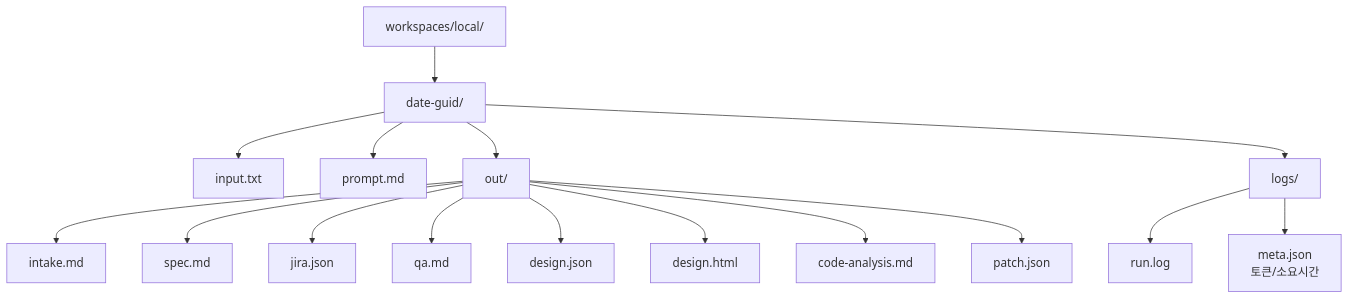
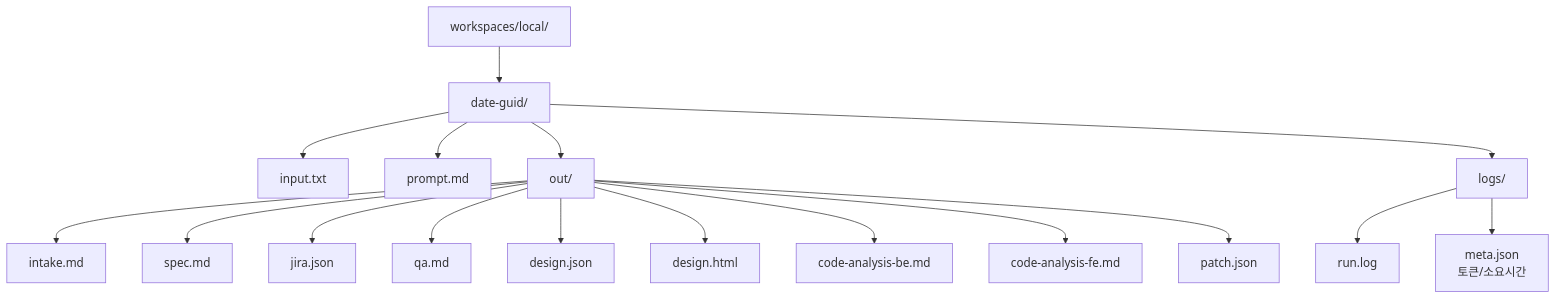
One commit to jeonreo/ai-spec-pipeline changed the sixth of 7 diagrams in architecture.md. Above: the diagram before and after it, drawn with Mermaid. The commit also changed other lines of this file and 1 other file, not shown here.

First line of the commit message:
docs: README/architecture를 현재 구조에 맞게 갱신 — 에이전트/스킬 분리, code-analysis BE/FE 분리 반영

````diff
--- a/architecture.md
+++ b/architecture.md
@@ -234,37 +243,39 @@
 ```mermaid
 graph TD
     WS[workspaces/local/]
     SESSION[date-guid/]
     INPUT[input.txt]
     PROMPT_FILE[prompt.md]
     OUT[out/]
     LOGS[logs/]
 
     INTAKE_MD[intake.md]
     SPEC_MD[spec.md]
     JIRA_JSON[jira.json]
     QA_MD[qa.md]
     DESIGN_JSON[design.json]
     DESIGN_HTML[design.html]
-    CA_MD[code-analysis.md]
+    CA_BE_MD[code-analysis-be.md]
+    CA_FE_MD[code-analysis-fe.md]
     PATCH_JSON[patch.json]
 
     LOG_FILE[run.log]
     META[meta.json\n토큰/소요시간]
 
     WS --> SESSION
     SESSION --> INPUT
     SESSION --> PROMPT_FILE
     SESSION --> OUT
     SESSION --> LOGS
     OUT --> INTAKE_MD
     OUT --> SPEC_MD
     OUT --> JIRA_JSON
     OUT --> QA_MD
     OUT --> DESIGN_JSON
     OUT --> DESIGN_HTML
-    OUT --> CA_MD
+    OUT --> CA_BE_MD
+    OUT --> CA_FE_MD
     OUT --> PATCH_JSON
     LOGS --> LOG_FILE
     LOGS --> META
 ```
````
